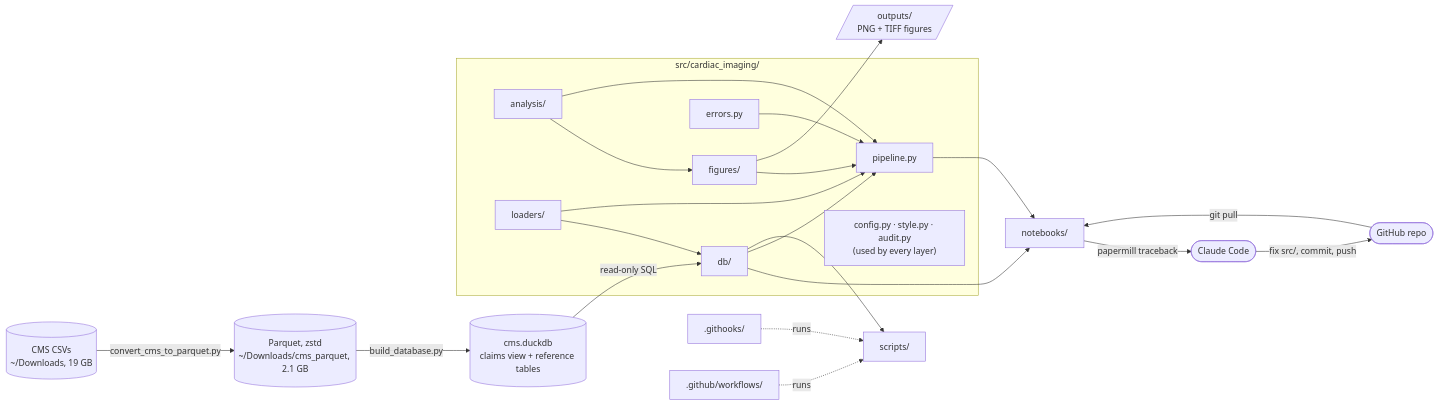
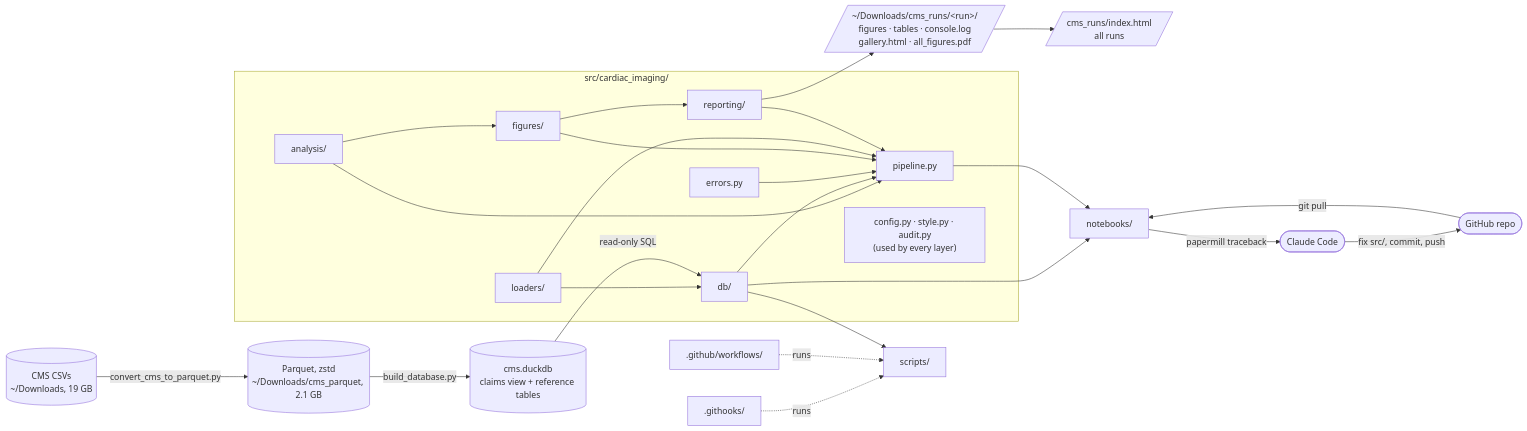
One commit to drsanjna/cardiac-imaging-medicare changed the diagram in README.md. Above: the diagram before and after it, drawn with Mermaid. The commit also changed other lines of this file and 23 other files, not shown here.

First line of the commit message:
Save each pipeline run to its own folder with a chart gallery and run index

````diff
--- a/README.md
+++ b/README.md
@@ -9,41 +9,46 @@
 ```mermaid
 flowchart LR
   csv[("CMS CSVs<br/>~/Downloads, 19 GB")]
   pq[("Parquet, zstd<br/>~/Downloads/cms_parquet, 2.1 GB")]
   duck[("cms.duckdb<br/>claims view + reference tables")]
-  out[/"outputs/<br/>PNG + TIFF figures"/]
+  out[/"~/Downloads/cms_runs/&lt;run&gt;/<br/>figures · tables · console.log<br/>gallery.html · all_figures.pdf"/]
+  idx[/"cms_runs/index.html<br/>all runs"/]
   claude(["Claude Code"])
   gh(["GitHub repo"])
   subgraph code["src/cardiac_imaging/"]
     n_analysis_["analysis/"]
     n_db_["db/"]
     n_errors_py["errors.py"]
     n_figures_["figures/"]
     n_loaders_["loaders/"]
     n_pipeline_py["pipeline.py"]
+    n_reporting_["reporting/"]
     cfg["config.py · style.py · audit.py<br/>(used by every layer)"]
   end
   n__githooks_[".githooks/"]
   n__github_workflows_[".github/workflows/"]
   n_notebooks_["notebooks/"]
   n_scripts_["scripts/"]
   n_analysis_ --> n_figures_
   n_analysis_ --> n_pipeline_py
   n_db_ --> n_notebooks_
   n_db_ --> n_pipeline_py
   n_db_ --> n_scripts_
   n_errors_py --> n_pipeline_py
   n_figures_ --> n_pipeline_py
+  n_figures_ --> n_reporting_
   n_loaders_ --> n_db_
   n_loaders_ --> n_pipeline_py
   n_pipeline_py --> n_notebooks_
+  n_reporting_ --> n_pipeline_py
   n__githooks_ -. runs .-> n_scripts_
   n__github_workflows_ -. runs .-> n_scripts_
   csv -- "convert_cms_to_parquet.py" --> pq
   pq -- "build_database.py" --> duck
   duck -- "read-only SQL" --> n_db_
-  n_figures_ --> out
+  n_reporting_ --> out
+out --> idx
   n_notebooks_ -- "papermill traceback" --> claude
   claude -- "fix src/, commit, push" --> gh
   gh -- "git pull" --> n_notebooks_
 ```
````
